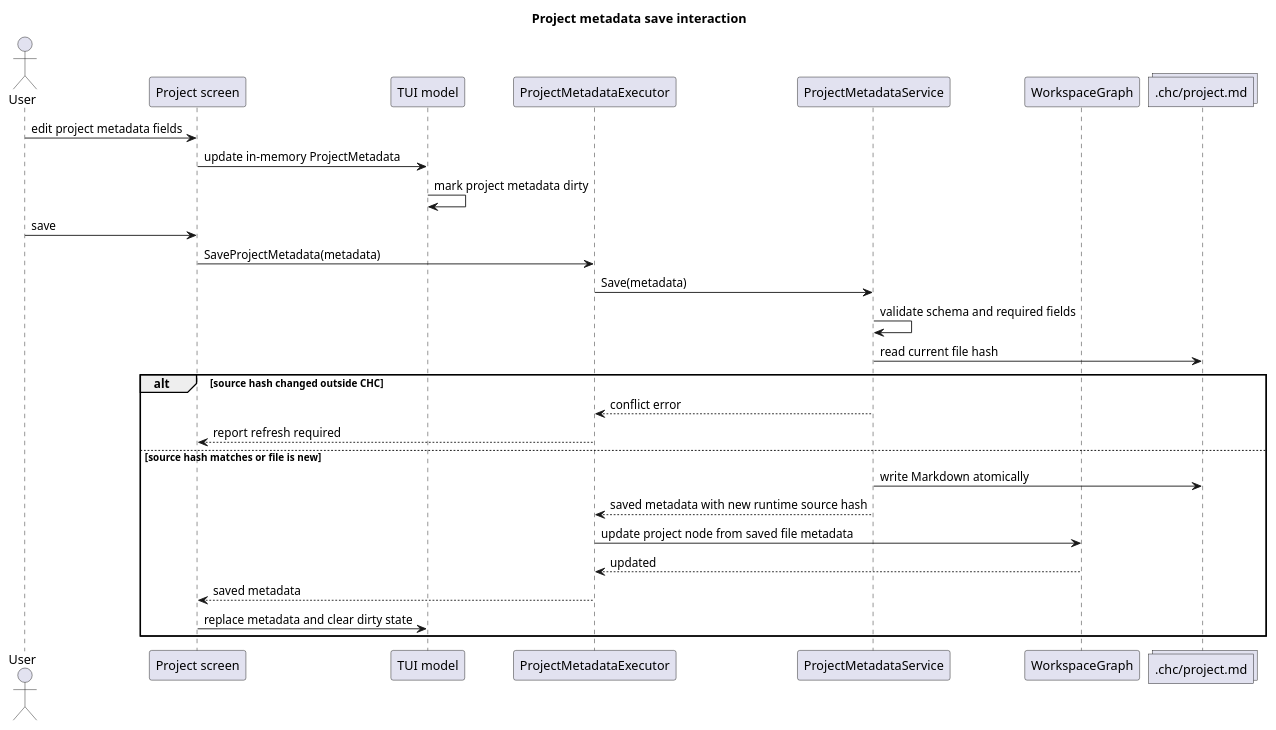
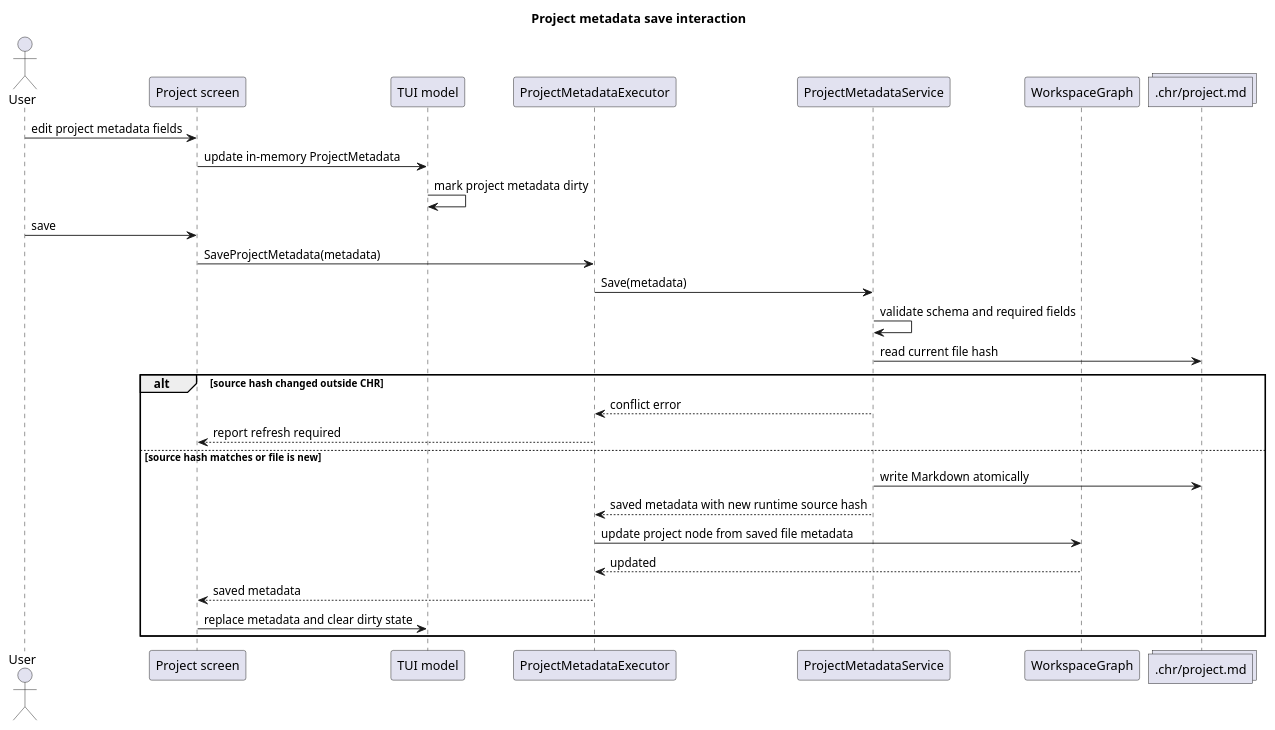
Before and after one commit to adrianpk/chr: the second of 3 diagrams in .prj/specs/specs/tui-project-tab.md, drawn with PlantUML. The commit also changed other lines of this file and 1145 other files, not shown here.

````diff
--- a/.prj/specs/specs/tui-project-tab.md
+++ b/.prj/specs/specs/tui-project-tab.md
@@ -152,37 +152,37 @@
 ```plantuml
 @startuml
 title Project metadata save interaction
 
 actor User
 participant "Project screen" as UI
 participant "TUI model" as Model
 participant "ProjectMetadataExecutor" as Executor
 participant "ProjectMetadataService" as Service
 participant "WorkspaceGraph" as Graph
-collections ".chc/project.md" as File
+collections ".chr/project.md" as File
 
 User -> UI: edit project metadata fields
 UI -> Model: update in-memory ProjectMetadata
 Model -> Model: mark project metadata dirty
 
 User -> UI: save
 UI -> Executor: SaveProjectMetadata(metadata)
 Executor -> Service: Save(metadata)
 
 Service -> Service: validate schema and required fields
 Service -> File: read current file hash
 
-alt source hash changed outside CHC
+alt source hash changed outside CHR
     Service --> Executor: conflict error
     Executor --> UI: report refresh required
 else source hash matches or file is new
     Service -> File: write Markdown atomically
     Service --> Executor: saved metadata with new runtime source hash
     Executor -> Graph: update project node from saved file metadata
     Graph --> Executor: updated
     Executor --> UI: saved metadata
     UI -> Model: replace metadata and clear dirty state
 end
 
 @enduml
 ```
````
